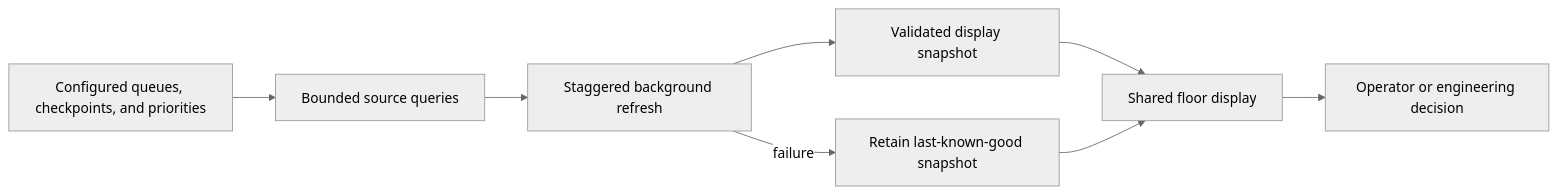
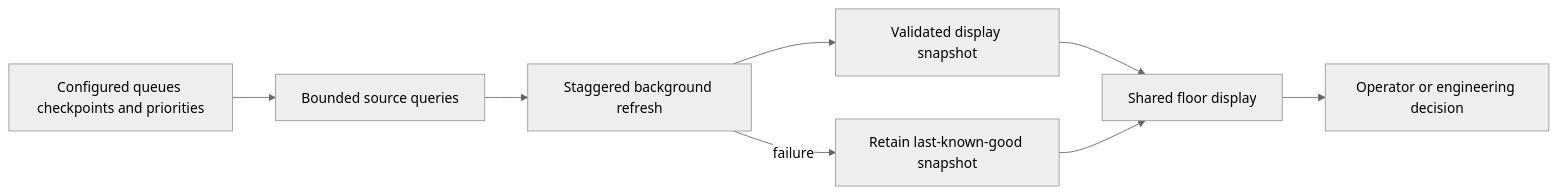
One commit to 4sy8zwp9hz-netizen/manufacturing-software-portfolio changed the second of 3 diagrams in case-studies/LEAN_DIGITAL_OPERATIONS.md. Above: the diagram before and after it, drawn with Mermaid (neutral theme). The commit also changed other lines of this file and 6 other files, not shown here.

````diff
--- a/case-studies/LEAN_DIGITAL_OPERATIONS.md
+++ b/case-studies/LEAN_DIGITAL_OPERATIONS.md
@@ -66,10 +38,10 @@
 ```mermaid
 flowchart LR
-    P[Configured queues, checkpoints, and priorities] --> Q[Bounded source queries]
+    P[Configured queues checkpoints and priorities] --> Q[Bounded source queries]
     Q --> B[Staggered background refresh]
     B --> V[Validated display snapshot]
     V --> TV[Shared floor display]
     B -->|failure| L[Retain last-known-good snapshot]
     L --> TV
     TV --> D[Operator or engineering decision]
 ```
````
